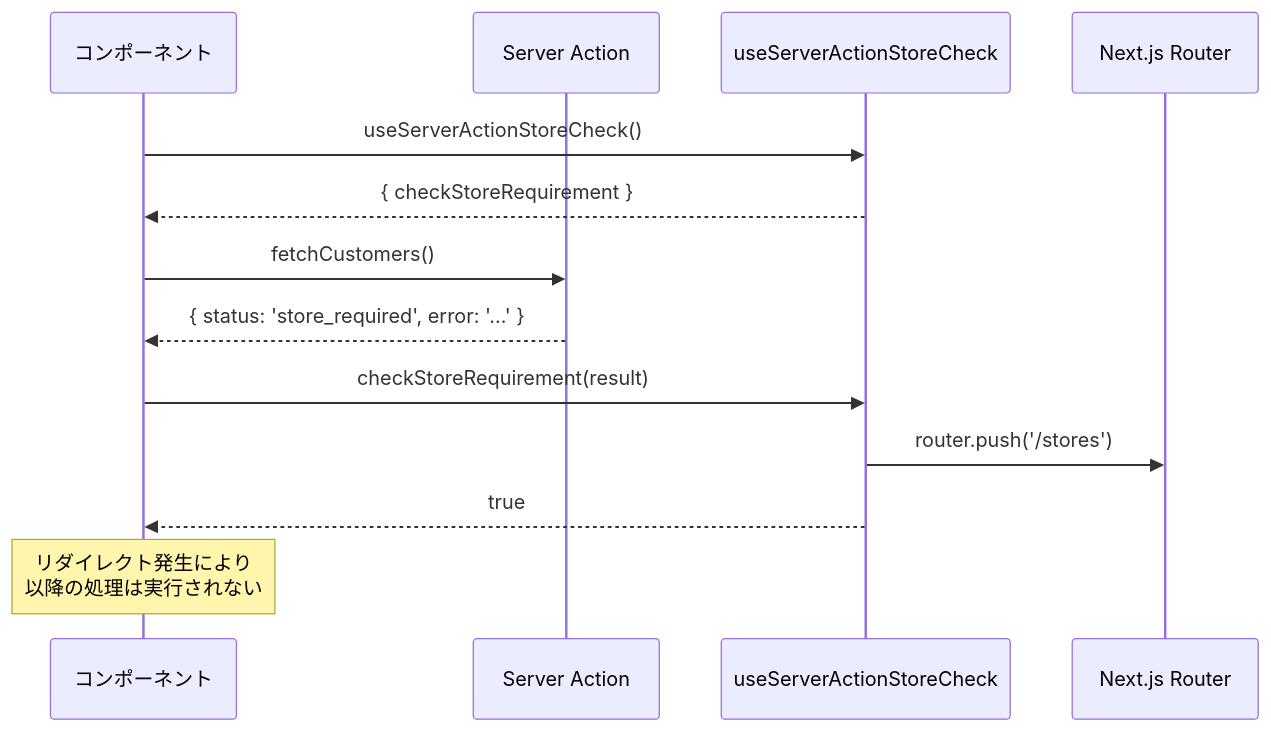
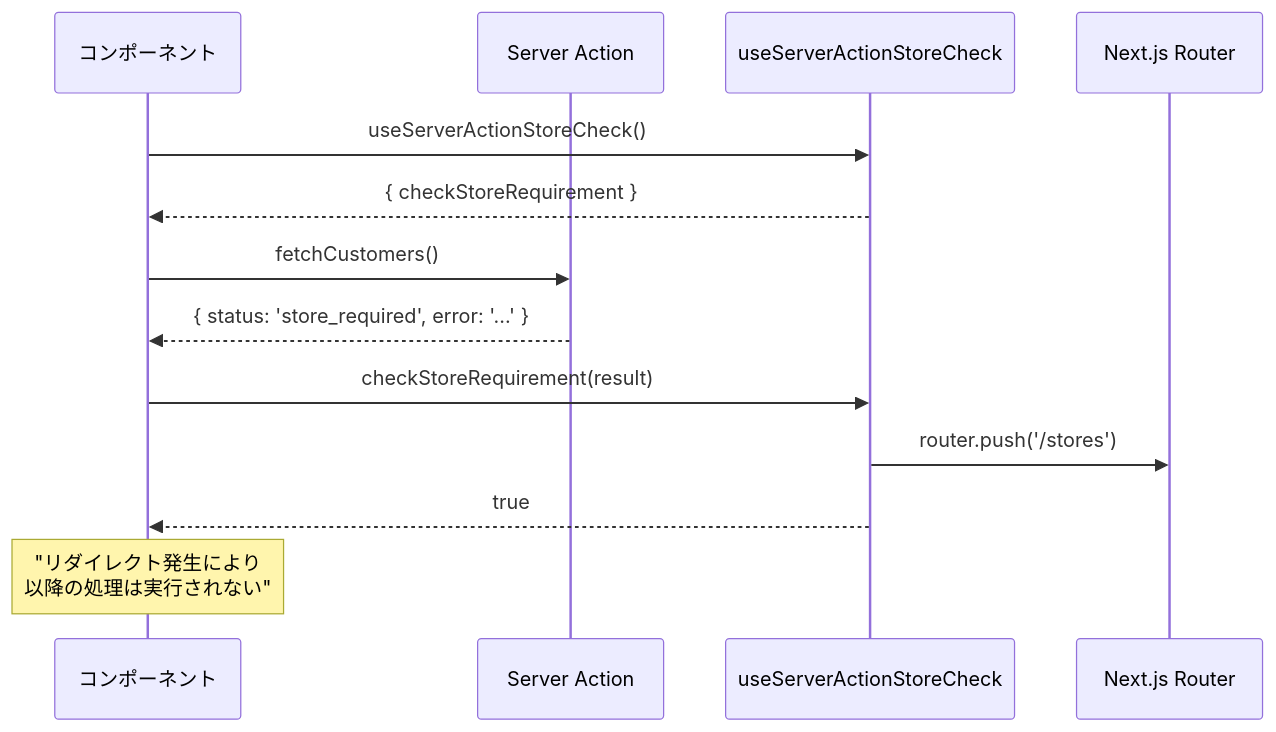
One commit to wasabi49/ocs-systemDevelopmentExercises changed the fourth of 7 diagrams in document/hooks/sequence/useServerActionStoreCheck.md. Above: the diagram before and after it, drawn with Mermaid. The commit also changed other lines of this file and 42 other files, not shown here.

First line of the commit message:
fix: mermaidシーケンス図のNote over文でダブルクォーテーション不足を修正

````diff
--- a/document/hooks/sequence/useServerActionStoreCheck.md
+++ b/document/hooks/sequence/useServerActionStoreCheck.md
@@ -77,19 +77,19 @@
 ```mermaid
 sequenceDiagram
     participant Component as コンポーネント
     participant ServerAction as Server Action
     participant Hook as useServerActionStoreCheck
     participant Router as Next.js Router
 
     Component->>Hook: useServerActionStoreCheck()
     Hook-->>Component: { checkStoreRequirement }
     
     Component->>ServerAction: fetchCustomers()
     ServerAction-->>Component: { status: 'store_required', error: '...' }
     
     Component->>Hook: checkStoreRequirement(result)
     Hook->>Router: router.push('/stores')
     Hook-->>Component: true
     
-    Note over Component: リダイレクト発生により<br/>以降の処理は実行されない
+    Note over Component: "リダイレクト発生により<br/>以降の処理は実行されない"
 ```
````
